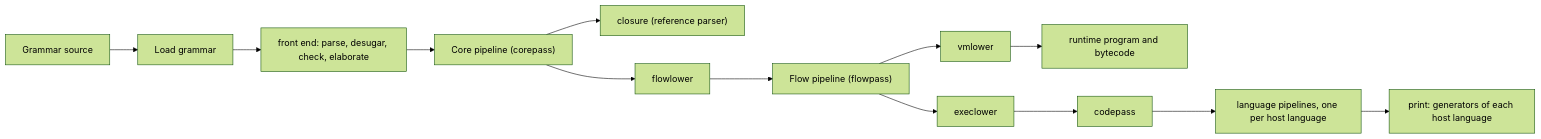
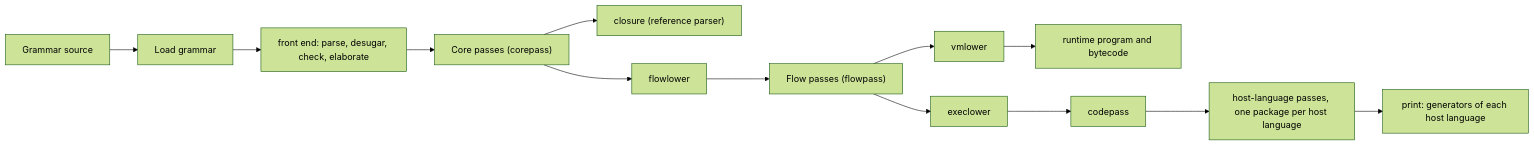
The second of 2 diagrams in docs/design/architecture.md (syntaxir/syntaxir), drawn with Mermaid (forest theme) before and after one commit. The commit also changed other lines of this file and 5 other files, not shown here.

````diff
--- a/docs/design/architecture.md
+++ b/docs/design/architecture.md
@@ -314,9 +318,9 @@
 ```mermaid
 flowchart LR
   S["Grammar source"] --> L["Load grammar"] --> F["front end: parse, desugar, check, elaborate"]
-  F --> CP["Core pipeline (corepass)"]
+  F --> CP["Core passes (corepass)"]
   CP --> CL["closure (reference parser)"]
-  CP --> FL["flowlower"] --> FP["Flow pipeline (flowpass)"]
+  CP --> FL["flowlower"] --> FP["Flow passes (flowpass)"]
   FP --> VL["vmlower"] --> P["runtime program and bytecode"]
-  FP --> EL["execlower"] --> XP["codepass"] --> LP["language pipelines, one per host language"] --> PR["print: generators of each host language"]
+  FP --> EL["execlower"] --> XP["codepass"] --> LP["host-language passes, one package per host language"] --> PR["print: generators of each host language"]
 ```
````
